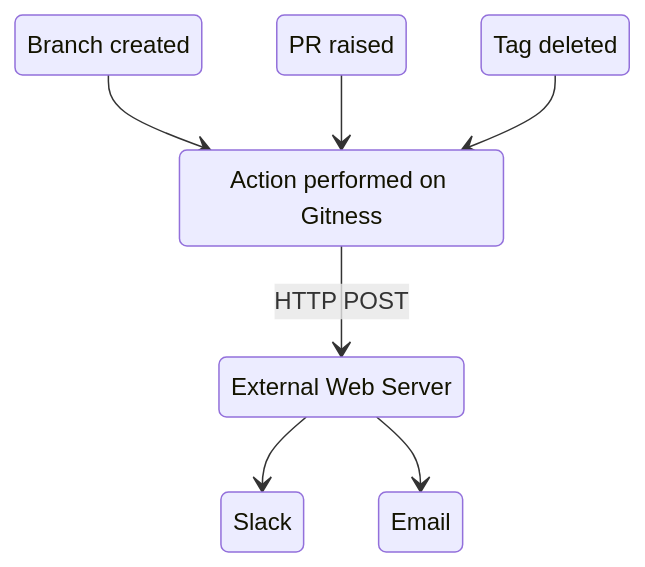
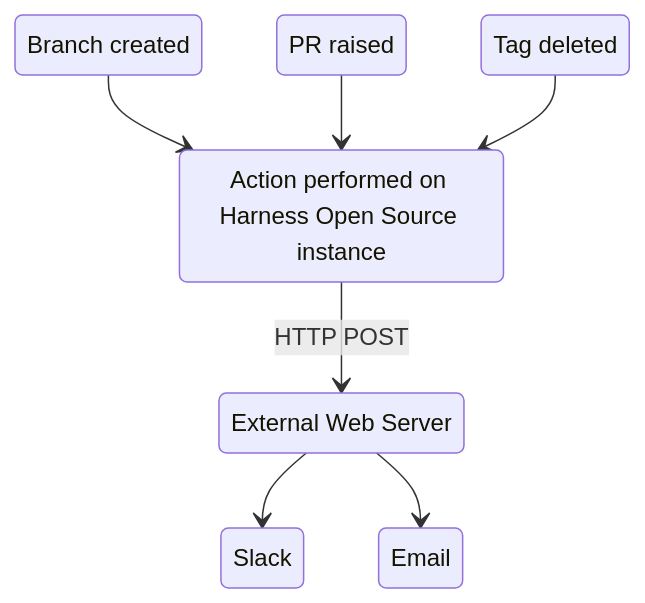
Before and after one commit to harness/developer-hub: the diagram in docs/open-source/repositories/webhooks.md, drawn with Mermaid. The commit also changed 11 other files, not shown here.

````diff
--- a/docs/open-source/repositories/webhooks.md
+++ b/docs/open-source/repositories/webhooks.md
@@ -9,17 +9,17 @@
 ```mermaid
 stateDiagram
     branch_created: Branch created
     pr_raised: PR raised
     tag_deleted: Tag deleted
-    action_performed: Action performed on Gitness
+    action_performed: Action performed on Harness Open Source instance
     external_webservers: External Web Server
 
     branch_created --> action_performed
     pr_raised --> action_performed
     tag_deleted --> action_performed
 
     action_performed --> external_webservers: HTTP POST
 
     external_webservers --> Slack
     external_webservers --> Email
 ```
````
